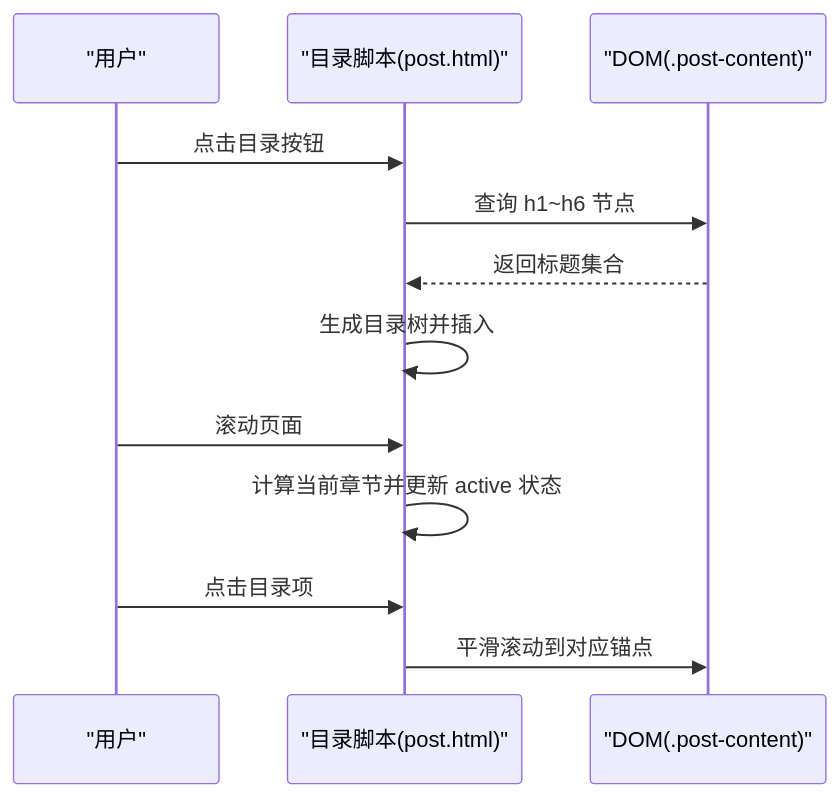
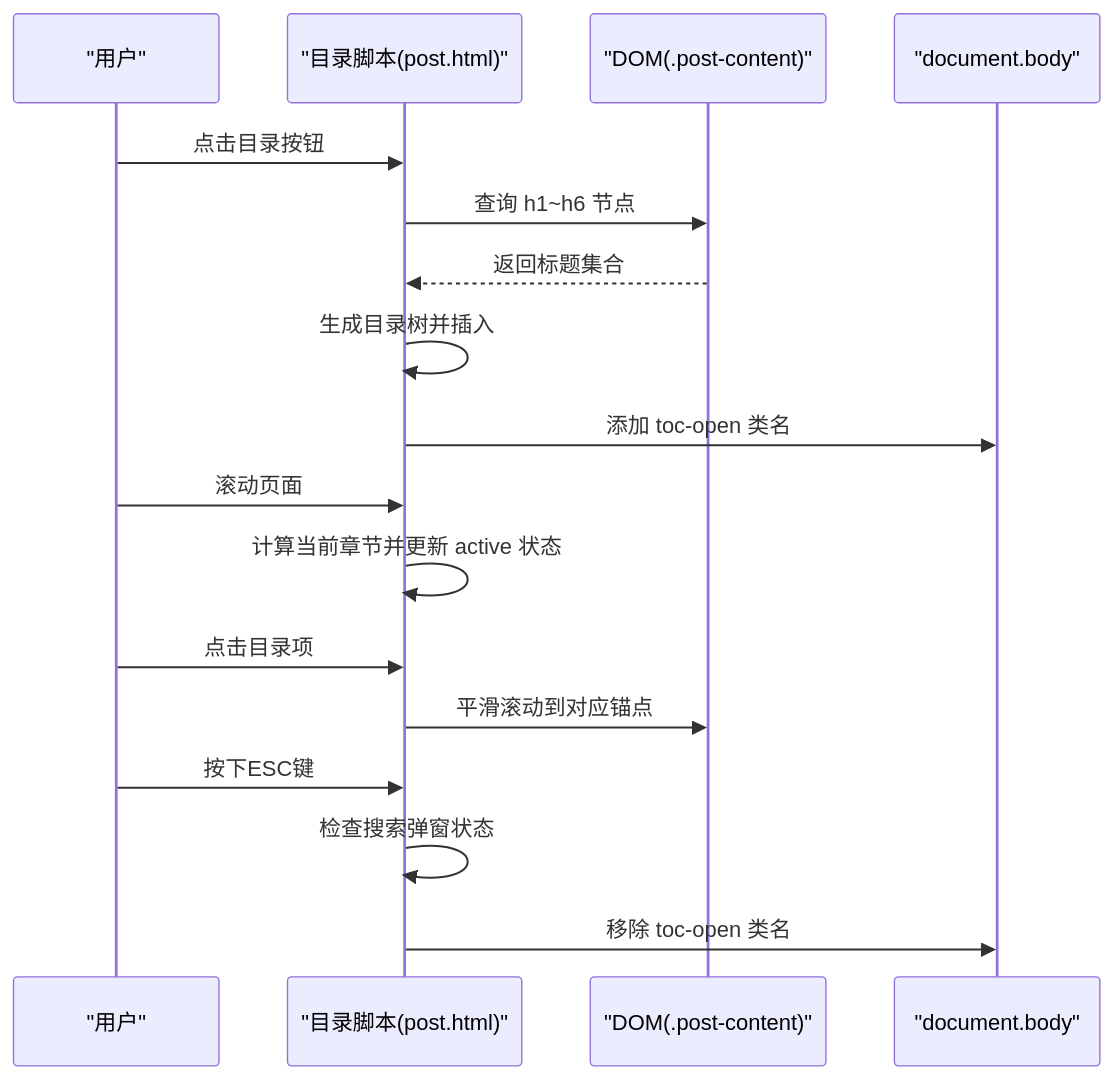
One commit to LZC6244/lzc6244.github.io changed the fourth of 7 diagrams in .qoder/repowiki/zh/content/主题定制/布局定制/文章页布局定制.md. Above: the diagram before and after it, drawn with Mermaid. The commit also changed other lines of this file and 36 other files, not shown here.

````diff
--- a/.qoder/repowiki/zh/content/主题定制/布局定制/文章页布局定制.md
+++ b/.qoder/repowiki/zh/content/主题定制/布局定制/文章页布局定制.md
@@ -186,14 +208,19 @@
 ```mermaid
 sequenceDiagram
 participant U as "用户"
 participant TOC as "目录脚本(post.html)"
 participant DOC as "DOM(.post-content)"
+participant BODY as "document.body"
 U->>TOC : 点击目录按钮
 TOC->>DOC : 查询 h1~h6 节点
 DOC-->>TOC : 返回标题集合
 TOC->>TOC : 生成目录树并插入 #toc-nav
+TOC->>BODY : 添加 toc-open 类名
 U->>TOC : 滚动页面
 TOC->>TOC : 计算当前章节并更新 active 状态
 U->>TOC : 点击目录项
 TOC->>DOC : 平滑滚动到对应锚点
+U->>TOC : 按下ESC键
+TOC->>TOC : 检查搜索弹窗状态
+TOC->>BODY : 移除 toc-open 类名
 ```
````
